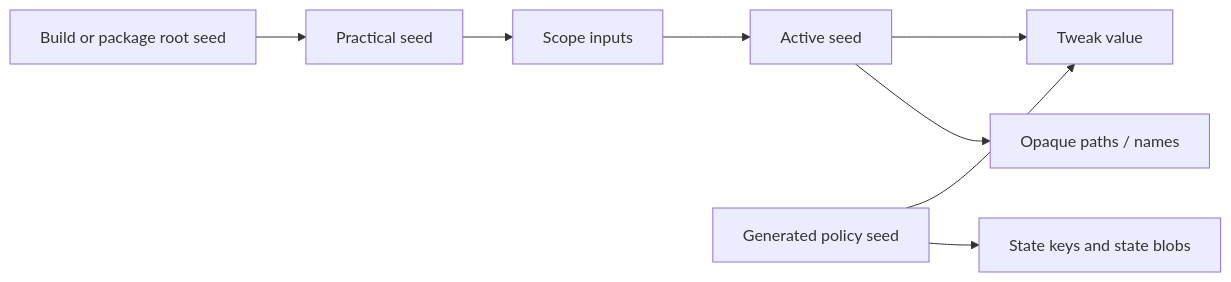
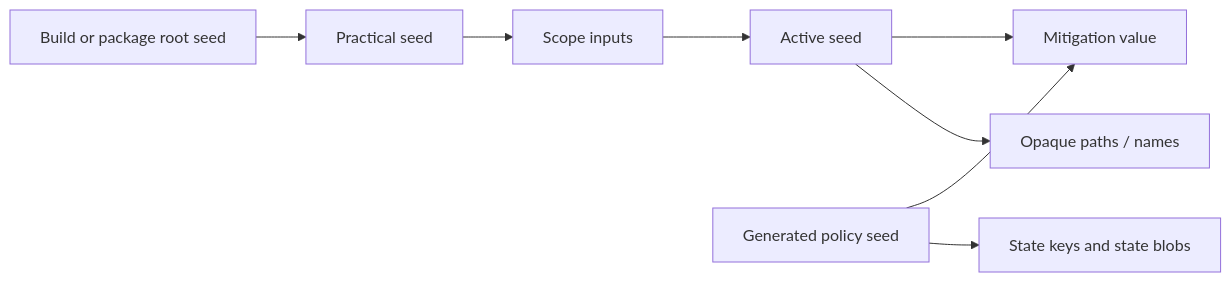
The diagram in docs/concepts/seeds.md (alecs297/loupehole), drawn with Mermaid before and after one commit. The commit also changed other lines of this file and 28 other files, not shown here.

````diff
--- a/docs/concepts/seeds.md
+++ b/docs/concepts/seeds.md
@@ -45,10 +45,10 @@
 ```mermaid
 flowchart LR
     Root["Build or package root seed"] --> Practical["Practical seed"]
     Practical --> Scope["Scope inputs"]
     Scope --> Active["Active seed"]
-    Policy["Generated policy seed"] --> Value["Tweak value"]
+    Policy["Generated policy seed"] --> Value["Mitigation value"]
     Active --> Value
     Active --> Names["Opaque paths / names"]
     Policy --> State["State keys and state blobs"]
 ```
````
